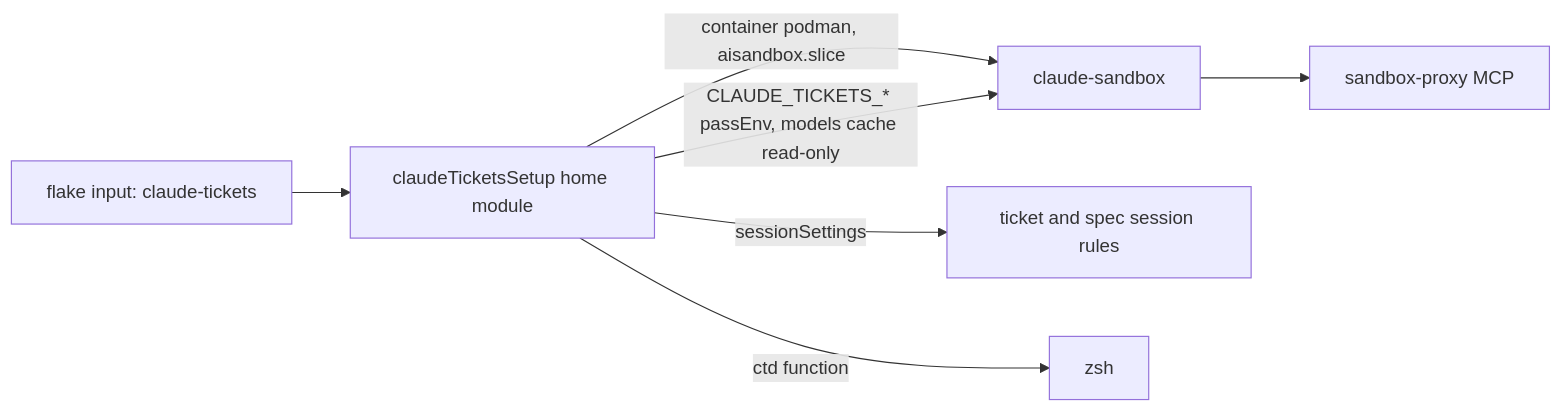
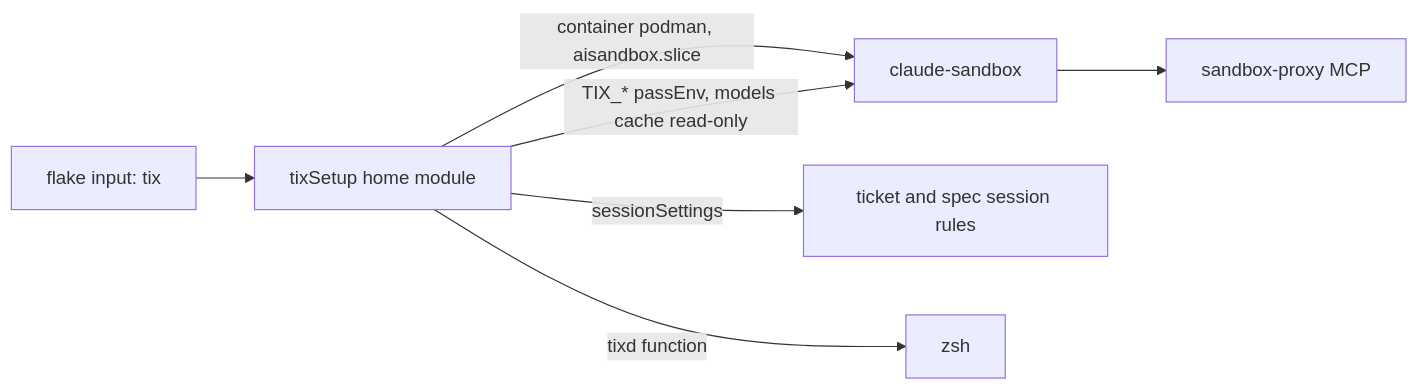
One commit to zero4573/nixos changed the first of 2 diagrams in docs/tix.md. Above: the diagram before and after it, drawn with Mermaid. The commit also changed other lines of this file and 29 other files, not shown here.

````diff
--- a/docs/tix.md
+++ b/docs/tix.md
@@ -7,9 +7,9 @@
 ```mermaid
 flowchart LR
-    input["flake input: claude-tickets"] --> setup["claudeTicketsSetup home module"]
+    input["flake input: tix"] --> setup["tixSetup home module"]
     setup -->|"container podman, aisandbox.slice"| sandbox["claude-sandbox"]
-    setup -->|"CLAUDE_TICKETS_* passEnv, models cache read-only"| sandbox
+    setup -->|"TIX_* passEnv, models cache read-only"| sandbox
     setup -->|"sessionSettings"| rules["ticket and spec session rules"]
-    setup -->|"ctd function"| zsh["zsh"]
+    setup -->|"tixd function"| zsh["zsh"]
     sandbox --> proxy["sandbox-proxy MCP"]
 ```
````
